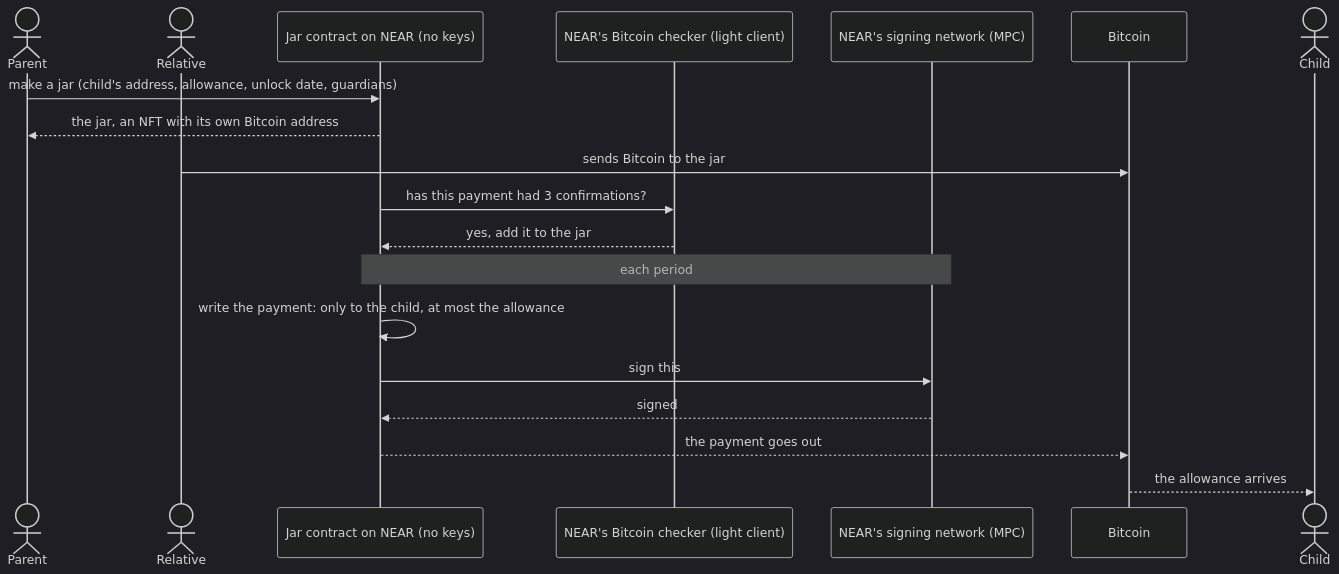
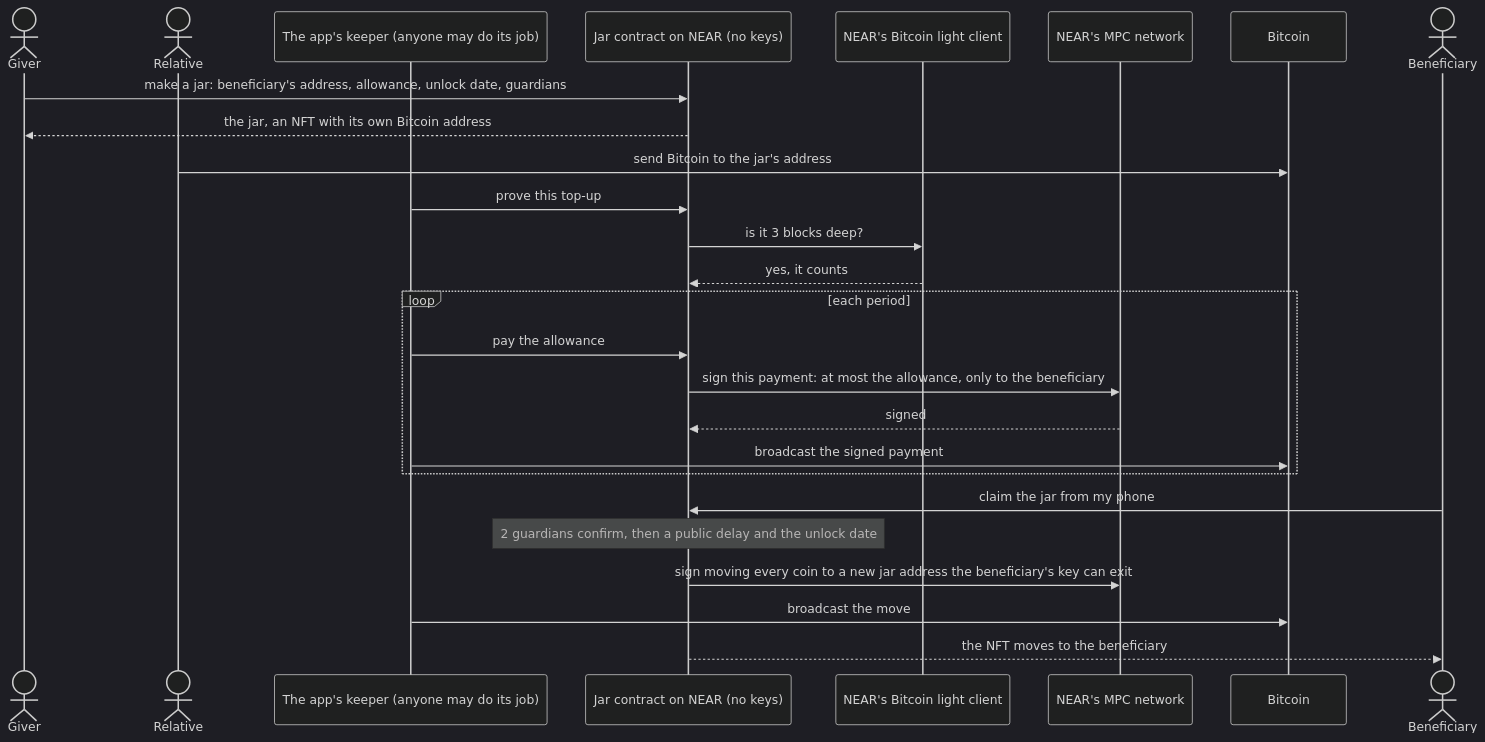
One commit to koukikouks/sats-jar changed the first of 2 diagrams in README.md. Above: the diagram before and after it, drawn with Mermaid (dark theme). The commit also changed other lines of this file and 3 other files, not shown here.

````diff
--- a/README.md
+++ b/README.md
@@ -58,21 +56,28 @@
 ```mermaid
 sequenceDiagram
-    actor Parent
+    actor Giver
     actor Relative
+    participant Keeper as The app's keeper (anyone may do its job)
     participant Contract as Jar contract on NEAR (no keys)
-    participant LC as NEAR's Bitcoin checker (light client)
-    participant MPC as NEAR's signing network (MPC)
+    participant LC as NEAR's Bitcoin light client
+    participant MPC as NEAR's MPC network
     participant BTC as Bitcoin
-    actor Child
-    Parent->>Contract: make a jar (child's address, allowance, unlock date, guardians)
-    Contract-->>Parent: the jar, an NFT with its own Bitcoin address
-    Relative->>BTC: sends Bitcoin to the jar
-    Contract->>LC: has this payment had 3 confirmations?
-    LC-->>Contract: yes, add it to the jar
-    Note over Contract,MPC: each period
-    Contract->>Contract: write the payment: only to the child, at most the allowance
-    Contract->>MPC: sign this
-    MPC-->>Contract: signed
-    Contract-->>BTC: the payment goes out
-    BTC-->>Child: the allowance arrives
+    actor Beneficiary
+    Giver->>Contract: make a jar: beneficiary's address, allowance, unlock date, guardians
+    Contract-->>Giver: the jar, an NFT with its own Bitcoin address
+    Relative->>BTC: send Bitcoin to the jar's address
+    Keeper->>Contract: prove this top-up
+    Contract->>LC: is it 3 blocks deep?
+    LC-->>Contract: yes, it counts
+    loop each period
+        Keeper->>Contract: pay the allowance
+        Contract->>MPC: sign this payment: at most the allowance, only to the beneficiary
+        MPC-->>Contract: signed
+        Keeper->>BTC: broadcast the signed payment
+    end
+    Beneficiary->>Contract: claim the jar from my phone
+    Note over Contract: 2 guardians confirm, then a public delay and the unlock date
+    Contract->>MPC: sign moving every coin to a new jar address the beneficiary's key can exit
+    Keeper->>BTC: broadcast the move
+    Contract-->>Beneficiary: the NFT moves to the beneficiary
 ```
````
